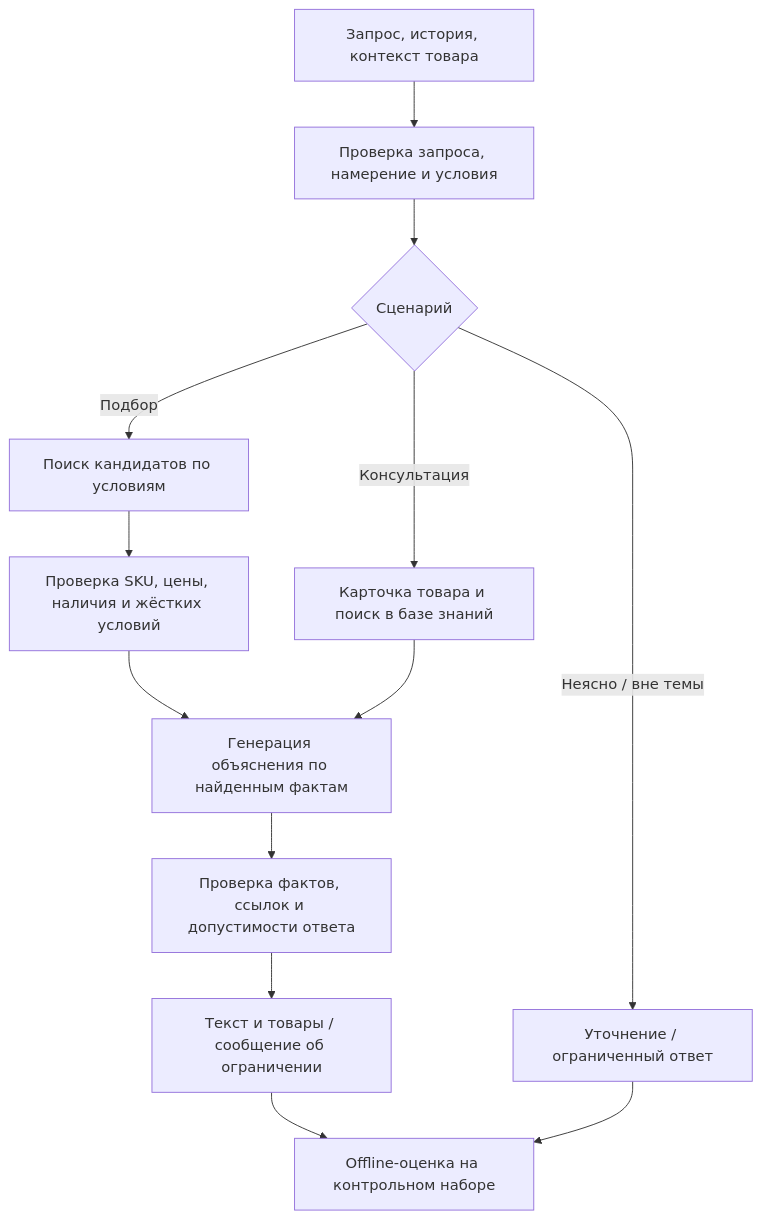
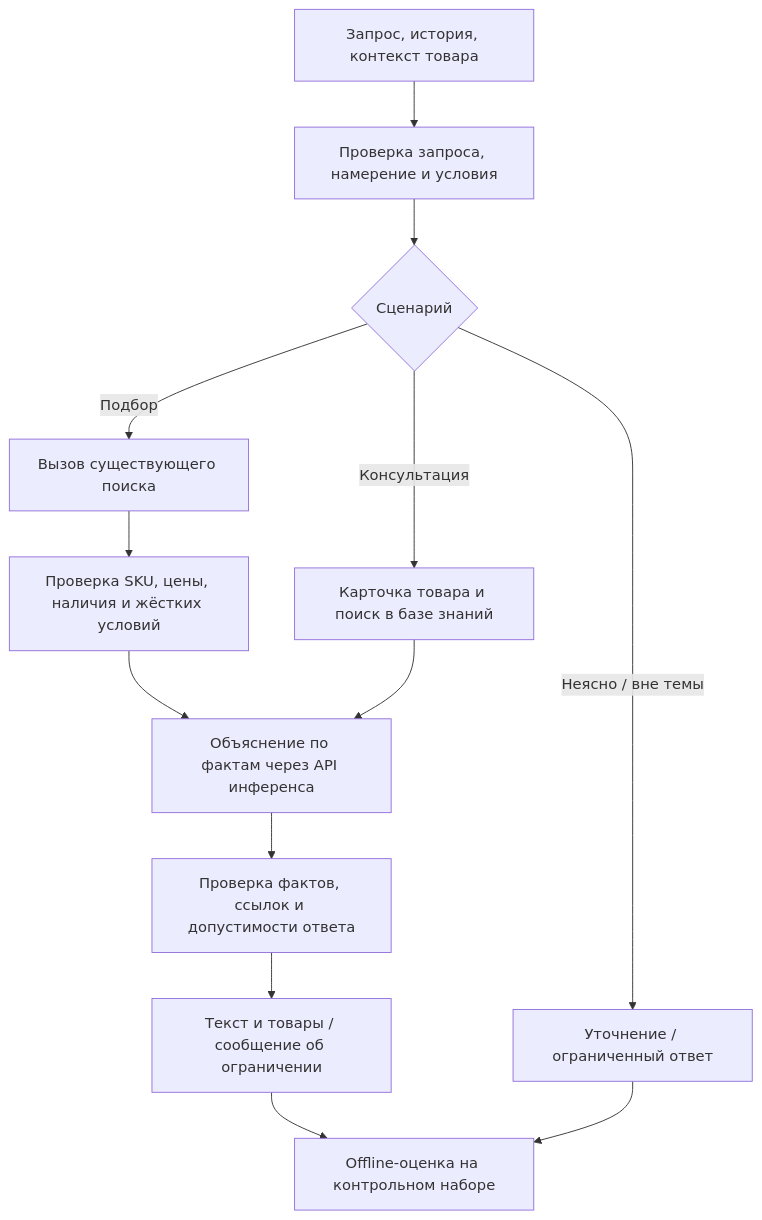
The second of 2 diagrams in docs/ml_system_design_doc.md (yuagorshkova/beauty-assistant-mlsd), drawn with Mermaid before and after one commit. The commit also changed other lines of this file, not shown here.

````diff
--- a/docs/ml_system_design_doc.md
+++ b/docs/ml_system_design_doc.md
@@ -109,15 +121,15 @@
 ```mermaid
 flowchart TD
     U["Запрос, история, контекст товара"] --> I["Проверка запроса, намерение и условия"]
     I --> R{"Сценарий"}
-    R -->|Подбор| S["Поиск кандидатов по условиям"]
+    R -->|Подбор| S["Вызов существующего поиска"]
     R -->|Консультация| K["Карточка товара и поиск в базе знаний"]
     R -->|Неясно / вне темы| F["Уточнение / ограниченный ответ"]
     S --> V["Проверка SKU, цены, наличия и жёстких условий"]
-    V --> G["Генерация объяснения по найденным фактам"]
+    V --> G["Объяснение по фактам через API инференса"]
     K --> G
     G --> C["Проверка фактов, ссылок и допустимости ответа"]
     C --> O["Текст и товары / сообщение об ограничении"]
     O --> E["Offline-оценка на контрольном наборе"]
     F --> E
 ```
````
